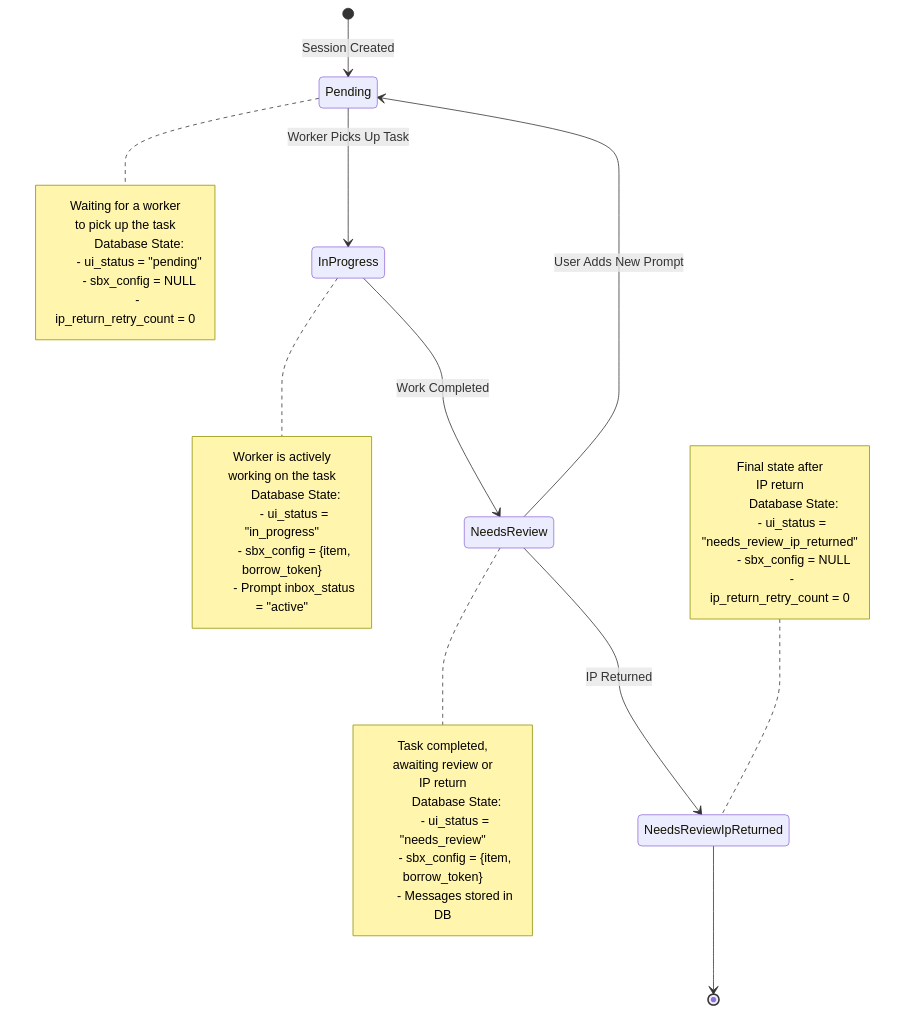
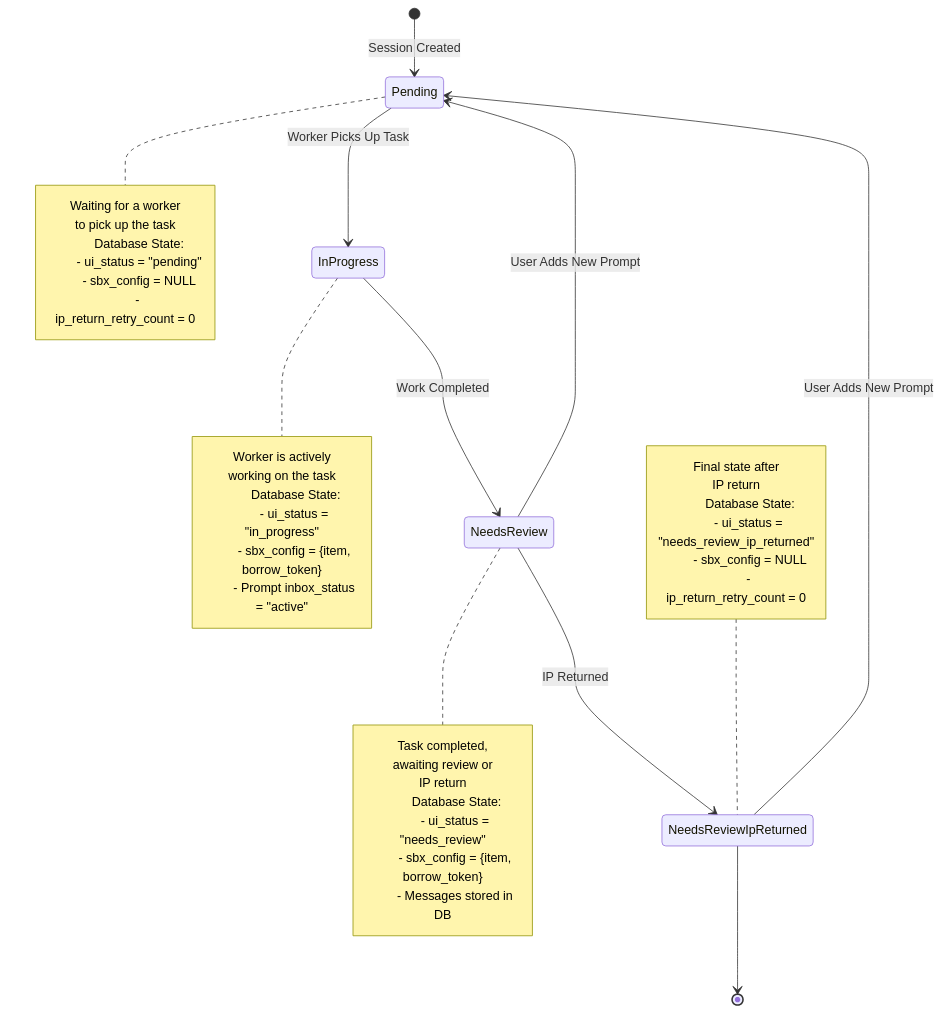
One commit to r33drichards/prompt-backend changed the diagram in docs/UI_STATUS_STATE_MACHINE.md. Above: the diagram before and after it, drawn with Mermaid. The commit also changed other lines of this file and 1 other file, not shown here.

First line of the commit message:
Allow user prompts from NeedsReviewIpReturned state

````diff
--- a/docs/UI_STATUS_STATE_MACHINE.md
+++ b/docs/UI_STATUS_STATE_MACHINE.md
@@ -7,51 +7,52 @@
 ```mermaid
 stateDiagram-v2
     [*] --> Pending: Session Created
 
     Pending --> InProgress: Worker Picks Up Task
     InProgress --> NeedsReview: Work Completed
     NeedsReview --> Pending: User Adds New Prompt
     NeedsReview --> NeedsReviewIpReturned: IP Returned
+    NeedsReviewIpReturned --> Pending: User Adds New Prompt
     NeedsReviewIpReturned --> [*]
     
     note right of Pending
         Waiting for a worker
         to pick up the task
 
         Database State:
         - ui_status = "pending"
         - sbx_config = NULL
         - ip_return_retry_count = 0
     end note
 
     note right of InProgress
         Worker is actively
         working on the task
 
         Database State:
         - ui_status = "in_progress"
         - sbx_config = {item, borrow_token}
         - Prompt inbox_status = "active"
     end note
 
     note right of NeedsReview
         Task completed,
         awaiting review or
         IP return
 
         Database State:
         - ui_status = "needs_review"
         - sbx_config = {item, borrow_token}
         - Messages stored in DB
     end note
 
     note left of NeedsReviewIpReturned
         Final state after
         IP return
 
         Database State:
         - ui_status = "needs_review_ip_returned"
         - sbx_config = NULL
         - ip_return_retry_count = 0
     end note
 ```
````
